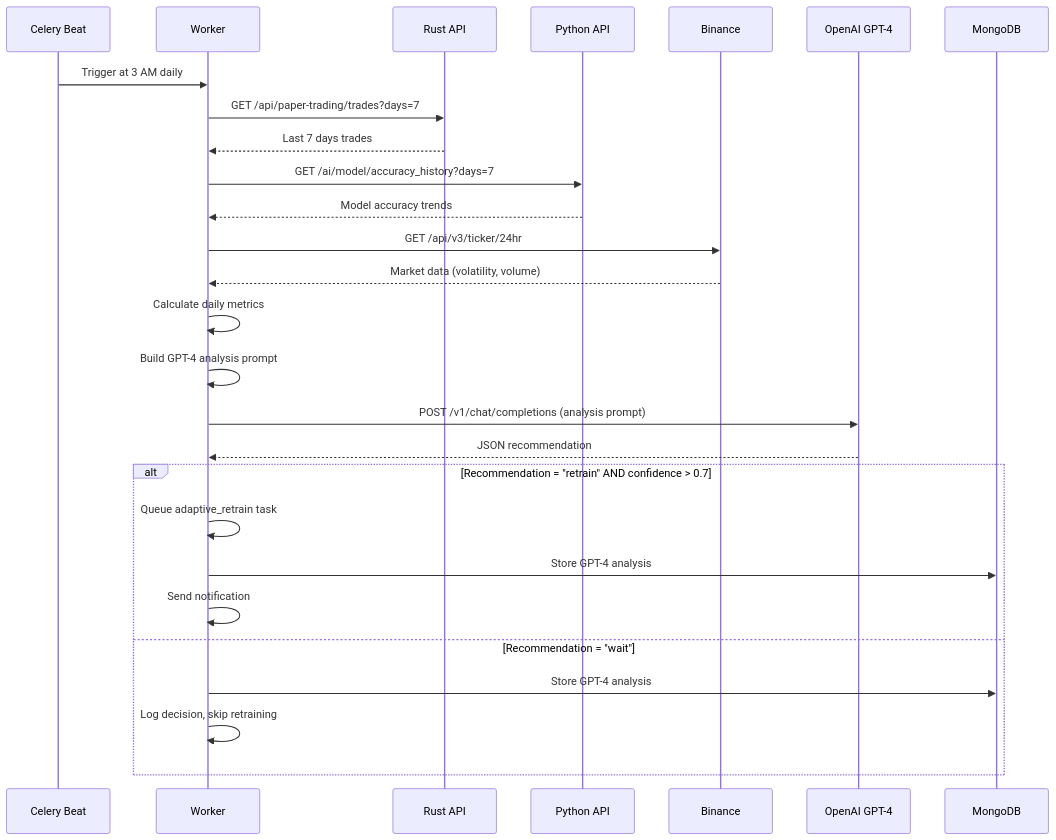
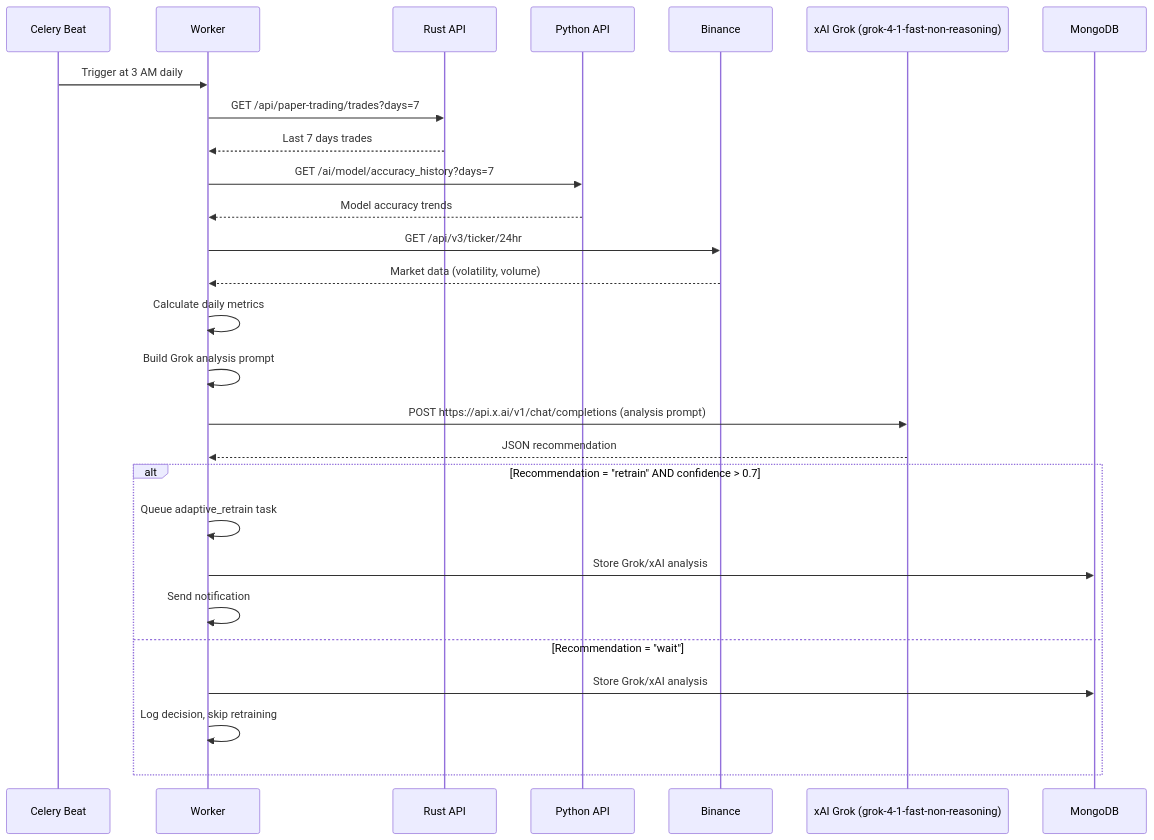
One commit to magic-ai-trading-bot/bot-core changed the fourth of 6 diagrams in specifications/01-requirements/1.1-functional-requirements/FR-ASYNC-TASKS.md. Above: the diagram before and after it, drawn with Mermaid. The commit also changed other lines of this file and 52 other files, not shown here.

````diff
--- a/specifications/01-requirements/1.1-functional-requirements/FR-ASYNC-TASKS.md
+++ b/specifications/01-requirements/1.1-functional-requirements/FR-ASYNC-TASKS.md
@@ -1053,36 +1053,36 @@
 ```mermaid
 sequenceDiagram
     participant Beat as Celery Beat
     participant Worker
     participant Rust as Rust API
     participant Python as Python API
     participant Binance
-    participant GPT4 as OpenAI GPT-4
+    participant GPT4 as xAI Grok (grok-4-1-fast-non-reasoning)
     participant MongoDB
 
     Beat->>Worker: Trigger at 3 AM daily
 
     Worker->>Rust: GET /api/paper-trading/trades?days=7
     Rust-->>Worker: Last 7 days trades
 
     Worker->>Python: GET /ai/model/accuracy_history?days=7
     Python-->>Worker: Model accuracy trends
 
     Worker->>Binance: GET /api/v3/ticker/24hr
     Binance-->>Worker: Market data (volatility, volume)
 
     Worker->>Worker: Calculate daily metrics
-    Worker->>Worker: Build GPT-4 analysis prompt
+    Worker->>Worker: Build Grok analysis prompt
 
-    Worker->>GPT4: POST /v1/chat/completions (analysis prompt)
+    Worker->>GPT4: POST https://api.x.ai/v1/chat/completions (analysis prompt)
     GPT4-->>Worker: JSON recommendation
 
     alt Recommendation = "retrain" AND confidence > 0.7
         Worker->>Worker: Queue adaptive_retrain task
-        Worker->>MongoDB: Store GPT-4 analysis
+        Worker->>MongoDB: Store Grok/xAI analysis
         Worker->>Worker: Send notification
     else Recommendation = "wait"
-        Worker->>MongoDB: Store GPT-4 analysis
+        Worker->>MongoDB: Store Grok/xAI analysis
         Worker->>Worker: Log decision, skip retraining
     end
 ```
````
